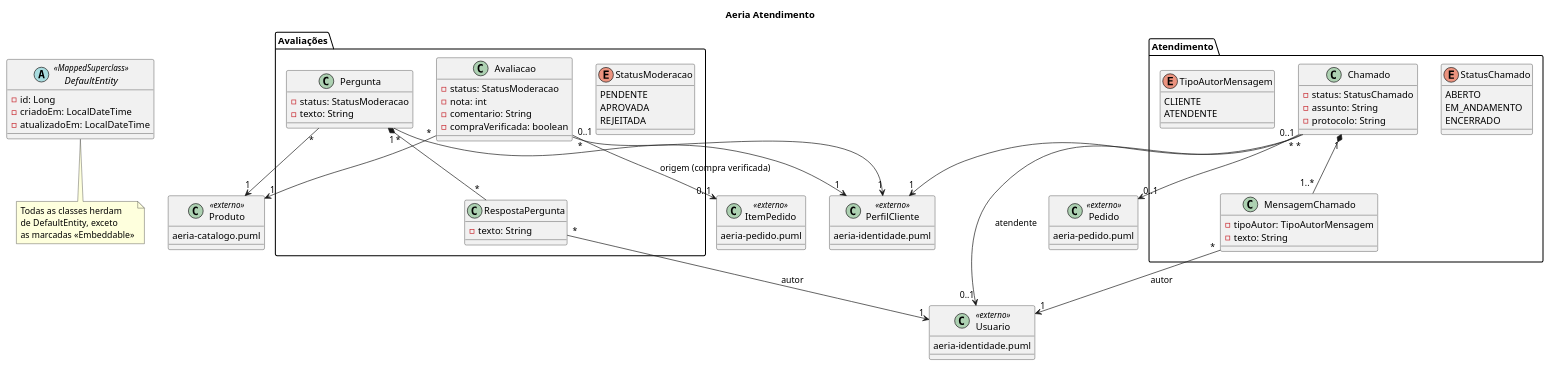
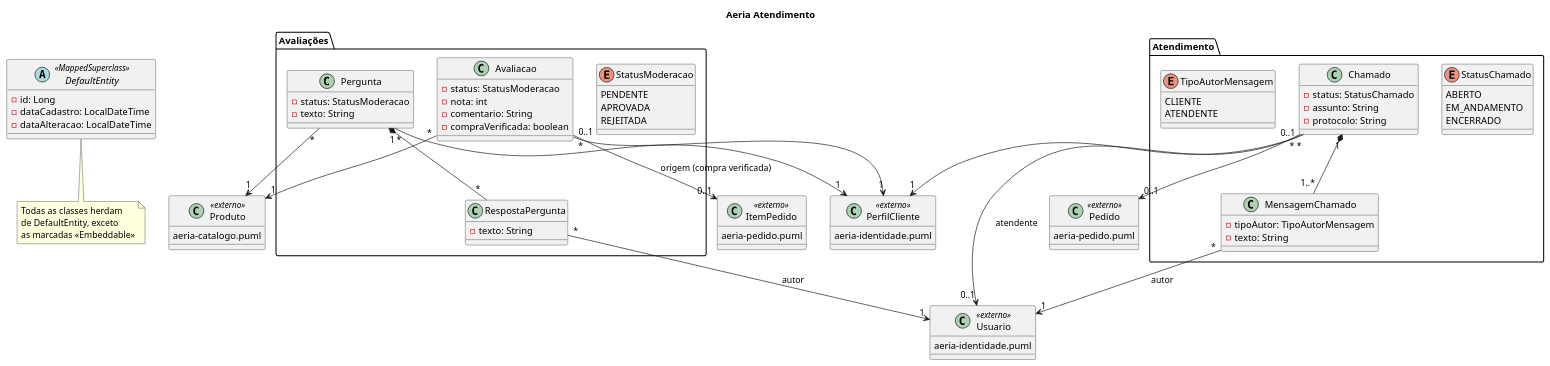
Before and after one commit to DaviRSuassuna/Droneshop: the diagram in docs/diagramas/aeria-atendimento.puml, drawn with PlantUML. The commit also changed 7 other files, not shown here.

Commit message:
docs(diagramas): renomeia datas de auditoria para dataCadastro e dataAlteracao

```diff
--- a/docs/diagramas/aeria-atendimento.puml
+++ b/docs/diagramas/aeria-atendimento.puml
@@ -1,98 +1,98 @@
 @startuml aeria-atendimento
 
 title Aeria Atendimento
 
 abstract class DefaultEntity <<MappedSuperclass>> {
   -id: Long
-  -criadoEm: LocalDateTime
-  -atualizadoEm: LocalDateTime
+  -dataCadastro: LocalDateTime
+  -dataAlteracao: LocalDateTime
 }
 
 note bottom of DefaultEntity
   Todas as classes herdam
   de DefaultEntity, exceto
   as marcadas <<Embeddable>>
 end note
 
 package "Atendimento" {
   enum StatusChamado {
     ABERTO
     EM_ANDAMENTO
     ENCERRADO
   }
 
   class Chamado {
     -status: StatusChamado
     -assunto: String
     -protocolo: String
   }
 
   enum TipoAutorMensagem {
     CLIENTE
     ATENDENTE
   }
 
   class MensagemChamado {
     -tipoAutor: TipoAutorMensagem
     -texto: String
   }
 }
 
 package "Avaliações" {
   enum StatusModeracao {
     PENDENTE
     APROVADA
     REJEITADA
   }
 
   class Avaliacao {
     -status: StatusModeracao
     -nota: int
     -comentario: String
     -compraVerificada: boolean
   }
 
   class Pergunta {
     -status: StatusModeracao
     -texto: String
   }
 
   class RespostaPergunta {
     -texto: String
   }
 }
 
 class ItemPedido <<externo>> {
   aeria-pedido.puml
 }
 
 class Pedido <<externo>> {
   aeria-pedido.puml
 }
 
 class PerfilCliente <<externo>> {
   aeria-identidade.puml
 }
 
 class Produto <<externo>> {
   aeria-catalogo.puml
 }
 
 class Usuario <<externo>> {
   aeria-identidade.puml
 }
 
 Chamado "*" --> "1" PerfilCliente
 Chamado "0..1" --> "0..1" Pedido
 Chamado "*" --> "0..1" Usuario : atendente
 Chamado "1" *-- "1..*" MensagemChamado
 MensagemChamado "*" --> "1" Usuario : autor
 Avaliacao "*" --> "1" PerfilCliente
 Avaliacao "*" --> "1" Produto
 Avaliacao "0..1" --> "0..1" ItemPedido : origem (compra verificada)
 Pergunta "*" --> "1" PerfilCliente
 Pergunta "*" --> "1" Produto
 Pergunta "1" *-- "*" RespostaPergunta
 RespostaPergunta "*" --> "1" Usuario : autor
 
 @enduml
```
